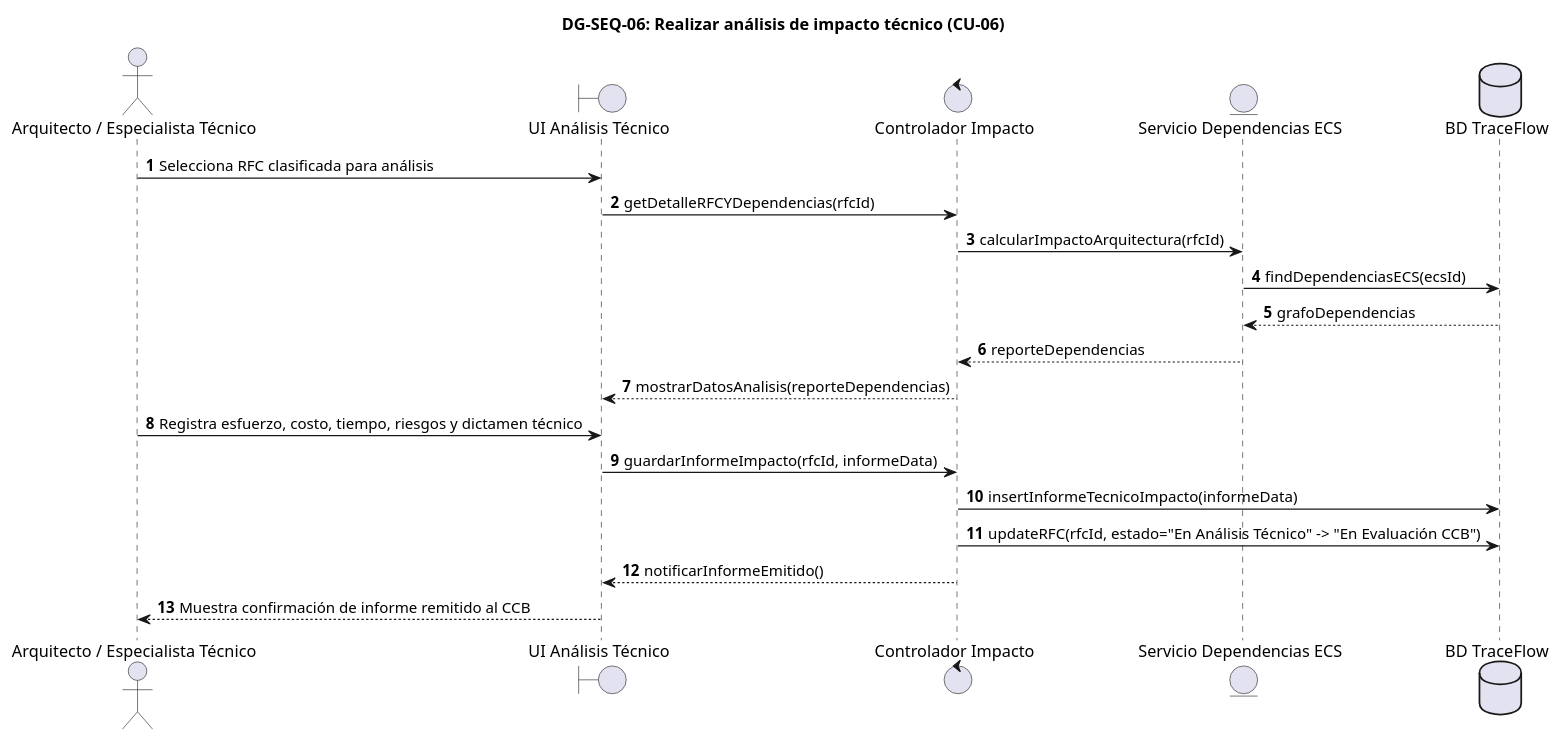
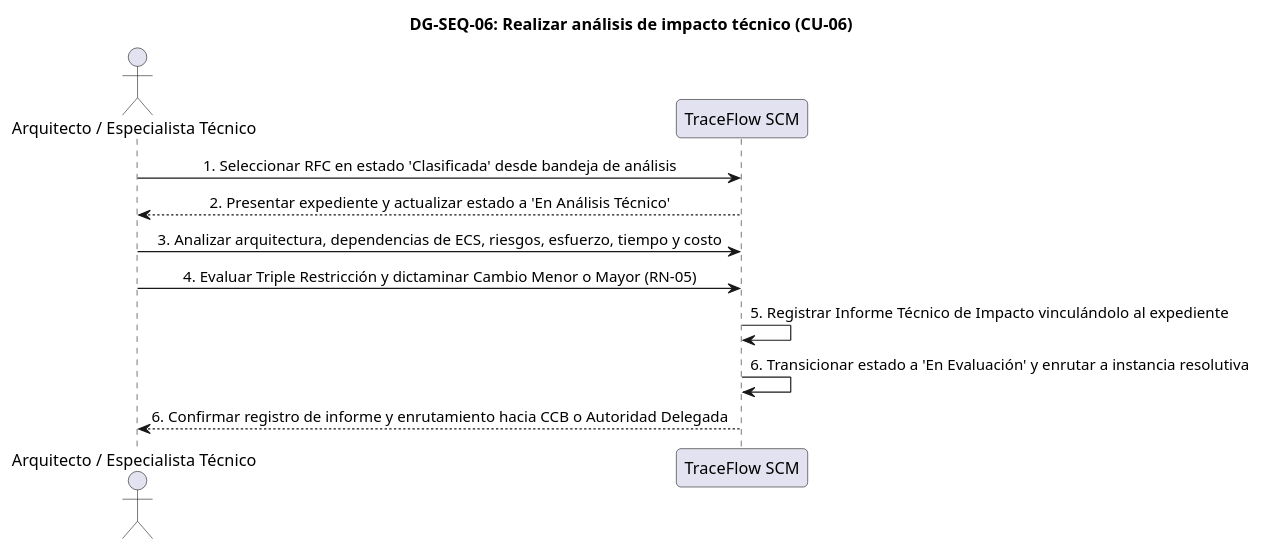
Before and after one commit to JMedina255/TraceFlow: diagram 19 of 44 in FD03-EPIS-Informe_SRS.md, drawn with PlantUML. The commit also changed other lines of this file and 2 other files, not shown here.

First line of the commit message:
docs(diagrams): refactorizar diagramas de secuencia DG-SEQ-01 a DG-SEQ-30 a nivel de analisis 1:1

````diff
--- a/FD03-EPIS-Informe_SRS.md
+++ b/FD03-EPIS-Informe_SRS.md
@@ -4303,31 +4338,22 @@
 ```plantuml
-@startuml
+@startuml DG-SEQ-06
 skinparam shadowing false
 skinparam roundcorner 8
 skinparam defaultFontName Arial
-autonumber
+skinparam sequenceMessageAlign center
 
 title <b>DG-SEQ-06: Realizar análisis de impacto técnico (CU-06)</b>
 
-actor "Arquitecto / Especialista Técnico" as ACT
-boundary "UI Análisis Técnico" as UI
-control "Controlador Impacto" as CTRL
-entity "Servicio Dependencias ECS" as SRV
-database "BD TraceFlow" as DB
+actor "Arquitecto / Especialista Técnico" as Arquitecto
+participant "TraceFlow SCM" as Sistema
 
-ACT -> UI : Selecciona RFC clasificada para análisis
-UI -> CTRL : getDetalleRFCYDependencias(rfcId)
-CTRL -> SRV : calcularImpactoArquitectura(rfcId)
-SRV -> DB : findDependenciasECS(ecsId)
-DB --> SRV : grafoDependencias
-SRV --> CTRL : reporteDependencias
-CTRL --> UI : mostrarDatosAnalisis(reporteDependencias)
+Arquitecto -> Sistema: 1. Seleccionar RFC en estado 'Clasificada' desde bandeja de análisis
+Sistema --> Arquitecto: 2. Presentar expediente y actualizar estado a 'En Análisis Técnico'
+Arquitecto -> Sistema: 3. Analizar arquitectura, dependencias de ECS, riesgos, esfuerzo, tiempo y costo
+Arquitecto -> Sistema: 4. Evaluar Triple Restricción y dictaminar Cambio Menor o Mayor (RN-05)
+Sistema -> Sistema: 5. Registrar Informe Técnico de Impacto vinculándolo al expediente
+Sistema -> Sistema: 6. Transicionar estado a 'En Evaluación' y enrutar a instancia resolutiva
+Sistema --> Arquitecto: 6. Confirmar registro de informe y enrutamiento hacia CCB o Autoridad Delegada
 
-ACT -> UI : Registra esfuerzo, costo, tiempo, riesgos y dictamen técnico
-UI -> CTRL : guardarInformeImpacto(rfcId, informeData)
-CTRL -> DB : insertInformeTecnicoImpacto(informeData)
-CTRL -> DB : updateRFC(rfcId, estado="En Análisis Técnico" -> "En Evaluación CCB")
-CTRL --> UI : notificarInformeEmitido()
-UI --> ACT : Muestra confirmación de informe remitido al CCB
 @enduml
 ```
````
